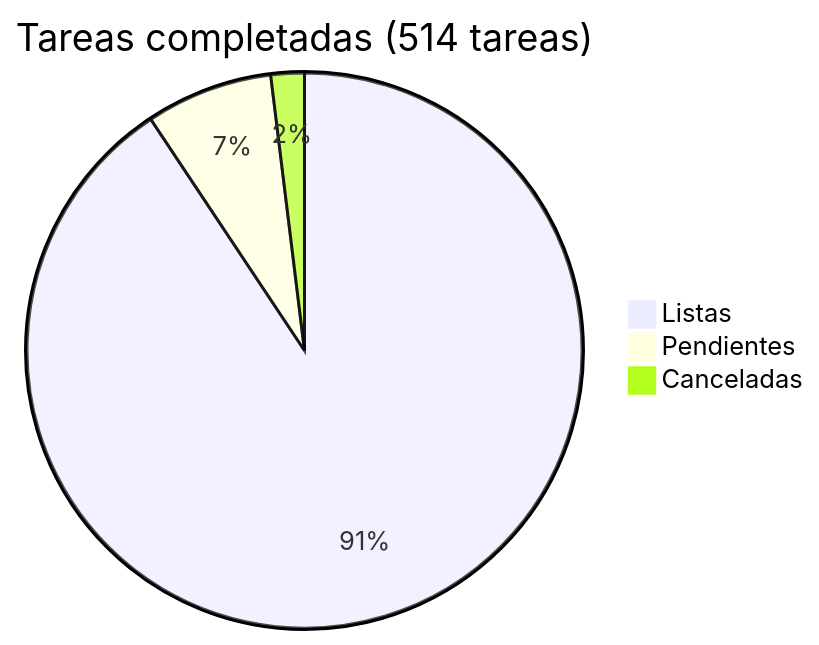
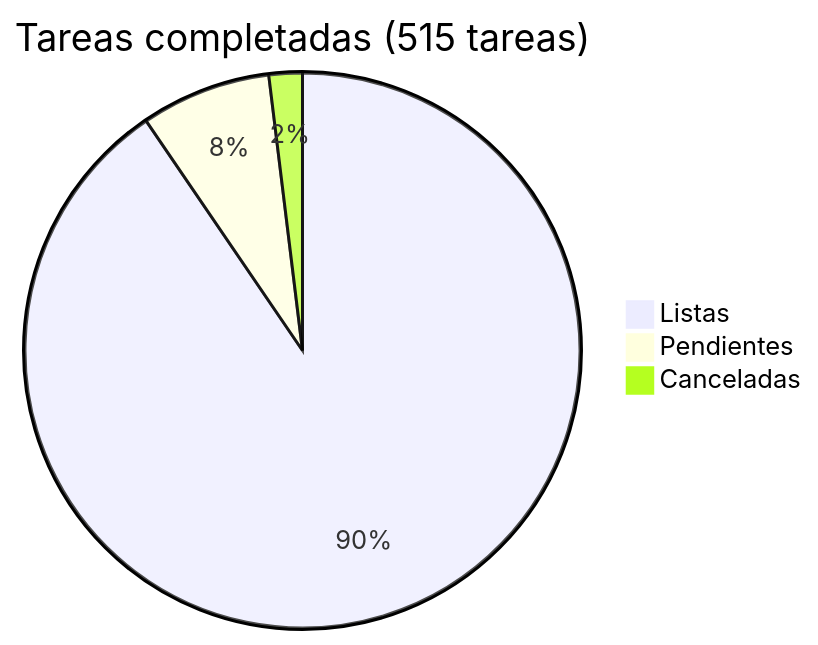
The diagram in docs/roadmap/README.md (araguaney-lat/araguaney), drawn with Mermaid before and after one commit. The commit also changed other lines of this file and 1 other file, not shown here.

Commit message:
docs: record domain hardening checks and plan the Vercel account move (phase 29)

````diff
--- a/docs/roadmap/README.md
+++ b/docs/roadmap/README.md
@@ -5,6 +5,6 @@
 ```mermaid
-pie title Tareas completadas (514 tareas)
+pie title Tareas completadas (515 tareas)
     "Listas" : 466
-    "Pendientes" : 38
+    "Pendientes" : 39
     "Canceladas" : 10
 ```
````
